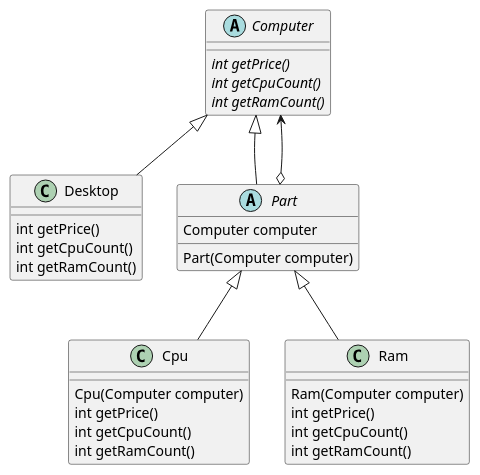
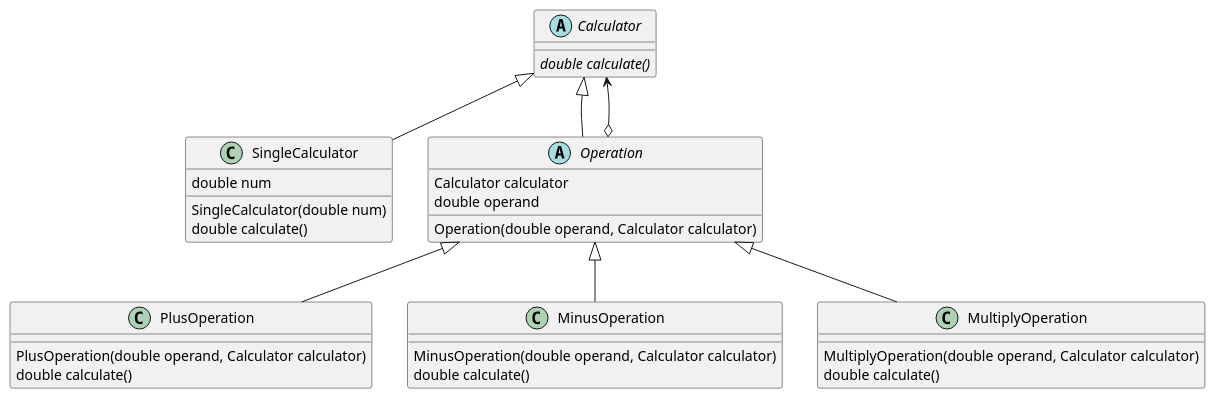
Before and after one commit to windowforsun/blog: the diagram in plantuml/designpattern/concept-decorator-2.plantuml, drawn with PlantUML. The commit also changed 2 other files, not shown here.

```diff
--- a/plantuml/designpattern/concept-decorator-2.plantuml
+++ b/plantuml/designpattern/concept-decorator-2.plantuml
@@ -1,41 +1,42 @@
 @startuml
 
-abstract class Computer {
-	{abstract} int getPrice()
-	{abstract} int getCpuCount()
-	{abstract} int getRamCount()
+abstract class Calculator {
+	{abstract} double calculate()
 }
 
-class Desktop {
-	int getPrice()
-	int getCpuCount()
-	int getRamCount()
+class SingleCalculator {
+	double num
+	SingleCalculator(double num)
+	double calculate()
 }
 
-abstract class Part {
-	Computer computer
+abstract class Operation {
+	Calculator calculator
+	double operand
 
-	Part(Computer computer)
+	Operation(double operand, Calculator calculator)
 }
 
-class Cpu {
-	Cpu(Computer computer)
-	int getPrice()
-	int getCpuCount()
-	int getRamCount()
+class PlusOperation {
+	PlusOperation(double operand, Calculator calculator)
+	double calculate()
 }
 
-class Ram {
-	Ram(Computer computer)
-	int getPrice()
-	int getCpuCount()
-	int getRamCount()
+class MinusOperation {
+	MinusOperation(double operand, Calculator calculator)
+	double calculate()
 }
 
-Computer <|-- Desktop
-Computer <|-- Part
-Computer <--o Part
-Part <|-- Cpu
-Part <|-- Ram
+class MultiplyOperation {
+	MultiplyOperation(double operand, Calculator calculator)
+	double calculate()
+}
+
+Calculator <|-- SingleCalculator
+Calculator <|-- Operation
+Calculator <--o Operation
+Operation <|-- PlusOperation
+Operation <|-- MinusOperation
+Operation <|-- MultiplyOperation
 
 @enduml
```
